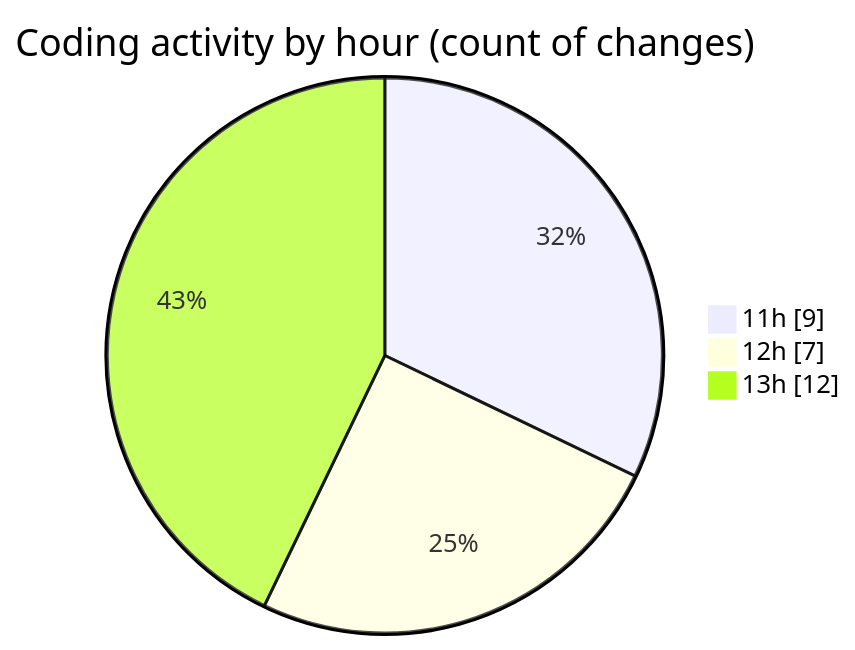
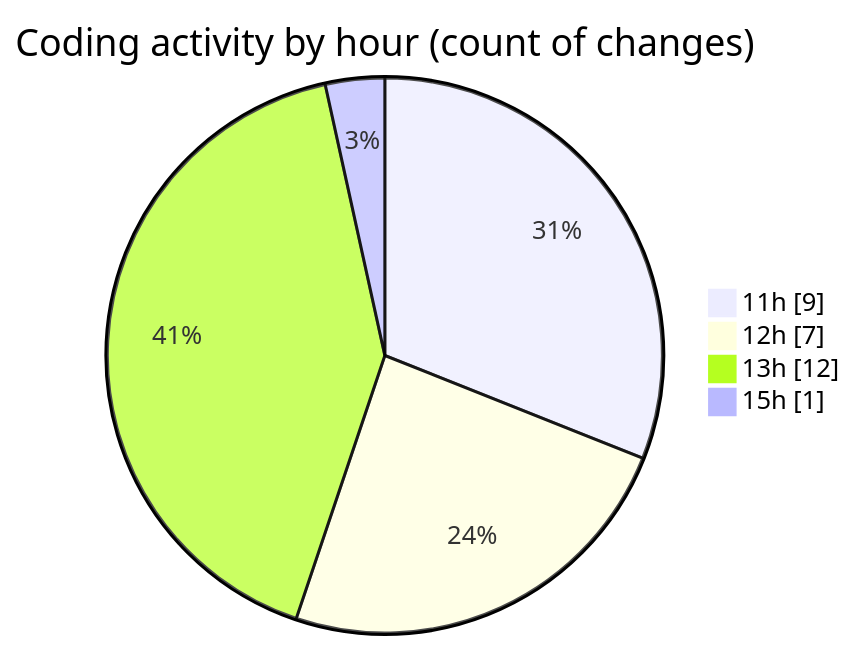
Before and after one commit to EIIisD/code-tracking: the second of 2 diagrams in 2025-08-07/ribbon/README.md, drawn with Mermaid. The commit also changed other lines of this file and 1 other file, not shown here.

````diff
--- a/2025-08-07/ribbon/README.md
+++ b/2025-08-07/ribbon/README.md
@@ -42,7 +43,8 @@
 ```mermaid
 pie showData
 title Coding activity by hour (count of changes)
 "11h" : 9
 "12h" : 7
 "13h" : 12
+"15h" : 1
 ```
````
